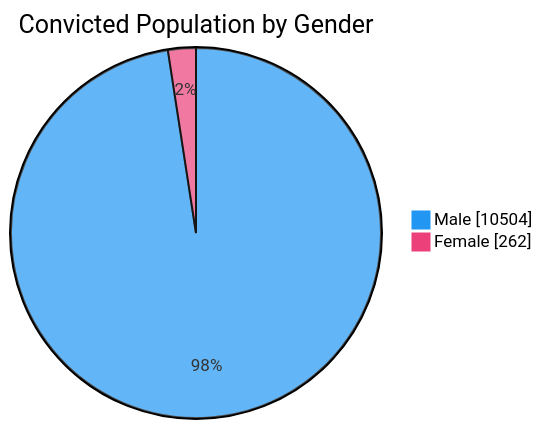
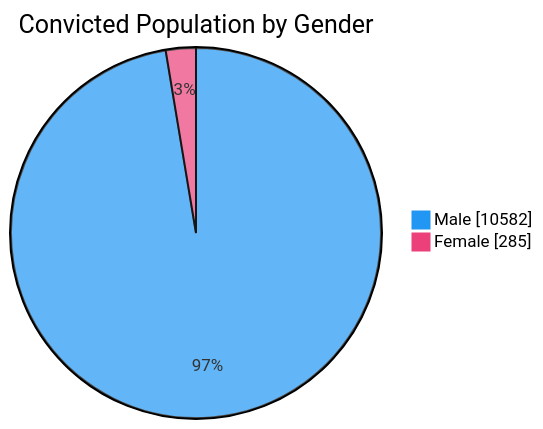
One commit to nuuuwan/lk_prisons changed the third of 7 diagrams in README.md. Above: the diagram before and after it, drawn with Mermaid. The commit also changed other lines of this file and 1 other file, not shown here.

````diff
--- a/README.md
+++ b/README.md
@@ -65,6 +65,6 @@
 ```mermaid
 %%{init: {'themeVariables': {'pie1': '#2196F3', 'pie2': '#EC407A'}}}%%
 pie showData title Convicted Population by Gender
-    "Male" : 10504
-    "Female" : 262
+    "Male" : 10582
+    "Female" : 285
 ```
````
